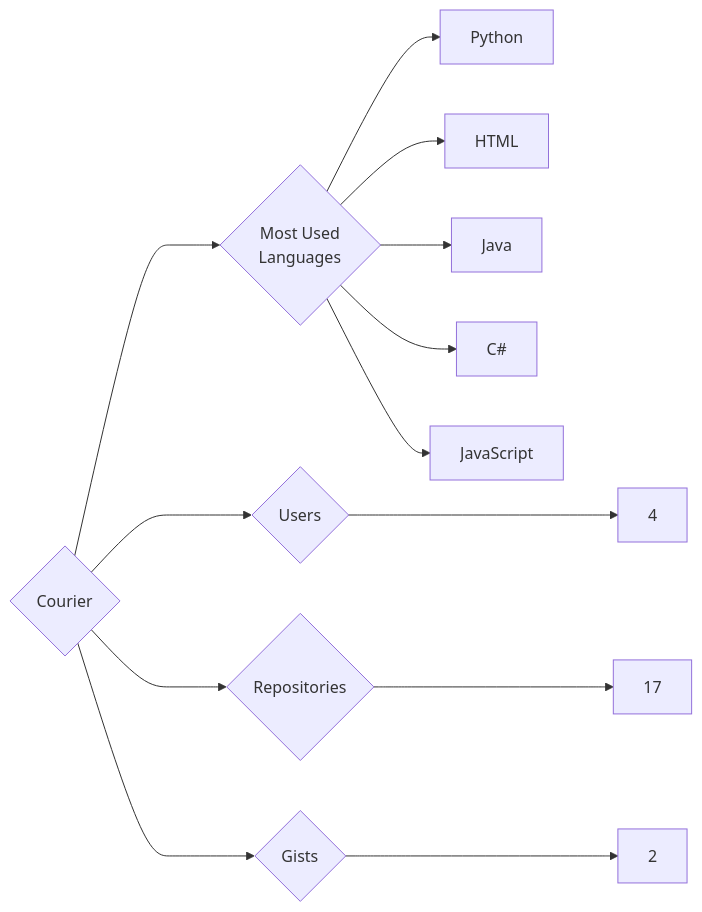
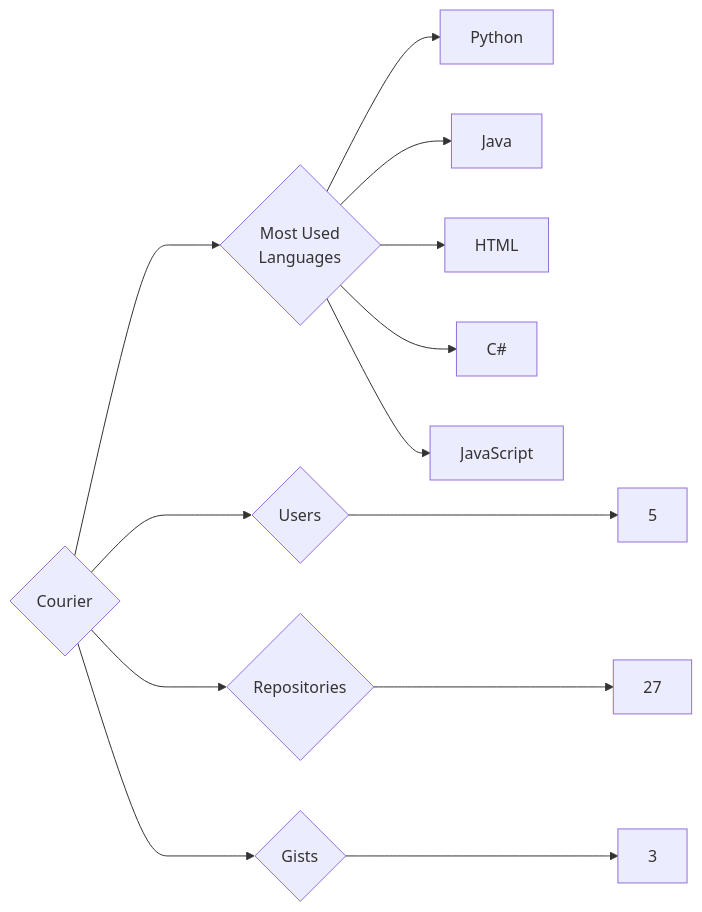
Before and after one commit to trickest/insiders: the diagram in targets/Courier/README.md, drawn with Mermaid. The commit also changed 681 other files, not shown here.

````diff
--- a/targets/Courier/README.md
+++ b/targets/Courier/README.md
@@ -3,13 +3,13 @@
 ```mermaid
 graph LR
 COMPANY_NAME{Courier}
-COMPANY_NAME ---> U{Users} ---> UN[4]
-COMPANY_NAME ---> R{Repositories} ---> RN[17]
-COMPANY_NAME ---> G{Gists} ---> GN[2]
+COMPANY_NAME ---> U{Users} ---> UN[5]
+COMPANY_NAME ---> R{Repositories} ---> RN[27]
+COMPANY_NAME ---> G{Gists} ---> GN[3]
 COMPANY_NAME ---> ML{Most Used<br>Languages}
 ML --> Python[Python]
+ML --> Java[Java]
 ML --> HTML[HTML]
-ML --> Java[Java]
 ML --> C#[C#]
 ML --> JavaScript[JavaScript]
 ```
````
